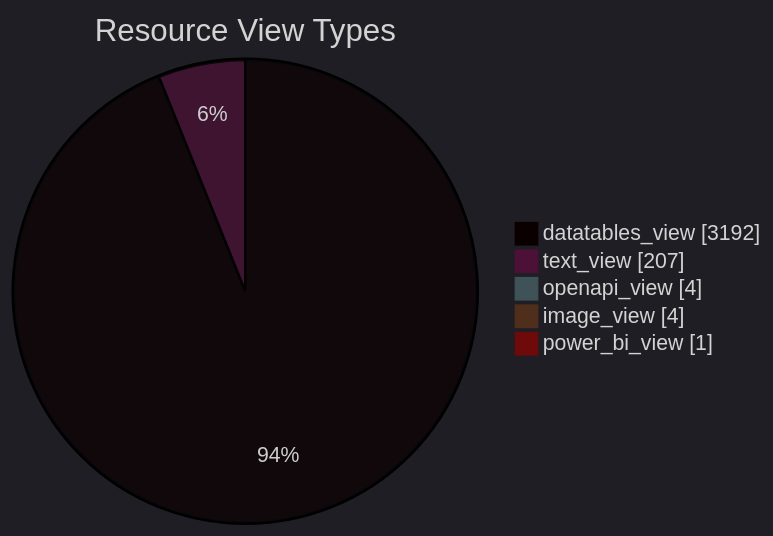
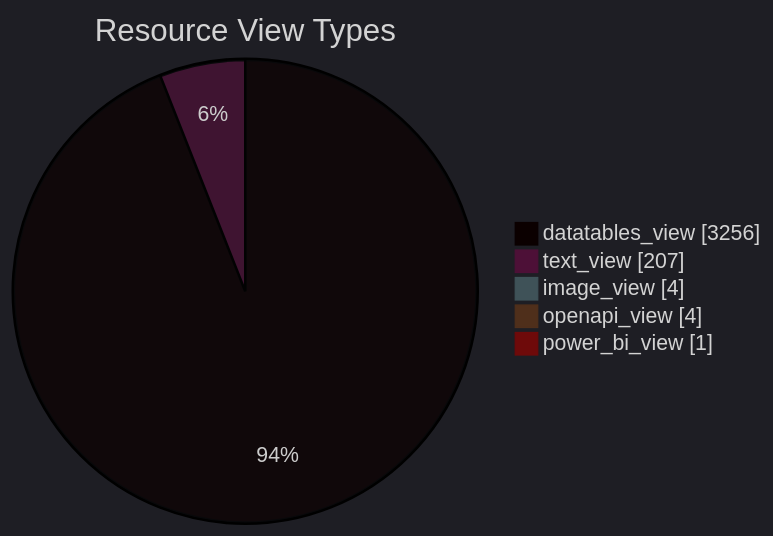
Before and after one commit to open-data/analytics-corporate-reporting: the diagram in datastore_tracker/resource_view_types_pie_chart.md, drawn with Mermaid. The commit also changed 10 other files, not shown here.

````diff
--- a/datastore_tracker/resource_view_types_pie_chart.md
+++ b/datastore_tracker/resource_view_types_pie_chart.md
@@ -2,12 +2,12 @@
 ```mermaid
 ---
 config:
   theme: dark
 ---
 pie showData title Resource View Types
-    "datatables_view": 3192
+    "datatables_view": 3256
     "text_view": 207
+    "image_view": 4
     "openapi_view": 4
-    "image_view": 4
     "power_bi_view": 1
 ```
````
